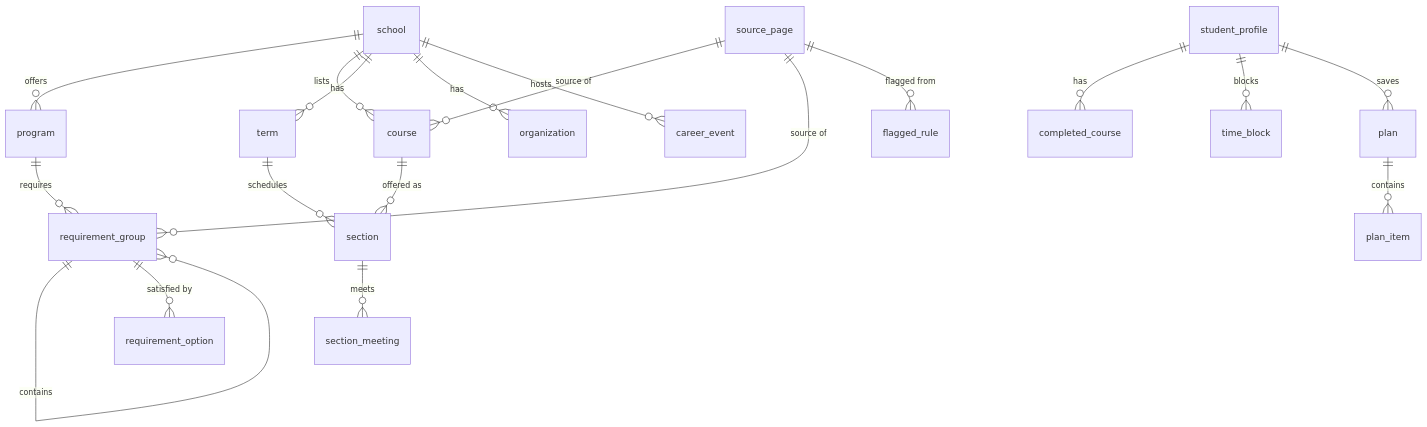
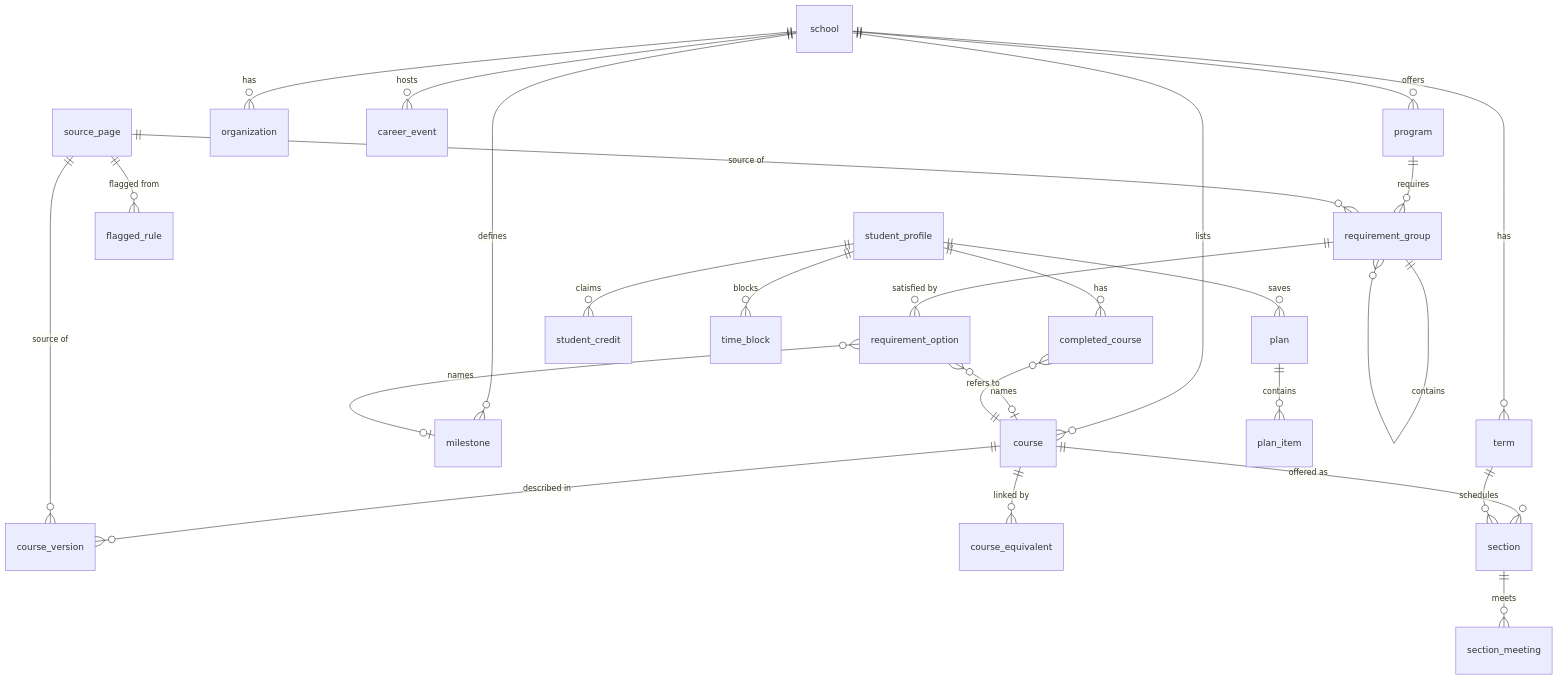
Before and after one commit to Shabanaomar/BeyondtheSyllabus: the diagram in db/DATA_MODEL.md, drawn with Mermaid. The commit also changed other lines of this file and 1 other file, not shown here.

````diff
--- a/db/DATA_MODEL.md
+++ b/db/DATA_MODEL.md
@@ -33,22 +41,29 @@
 ```mermaid
 erDiagram
   school ||--o{ program : offers
   school ||--o{ course : lists
+  school ||--o{ milestone : defines
   school ||--o{ term : has
   school ||--o{ organization : has
   school ||--o{ career_event : hosts
+  course ||--o{ course_version : "described in"
+  course ||--o{ course_equivalent : "linked by"
   program ||--o{ requirement_group : requires
   requirement_group ||--o{ requirement_group : contains
   requirement_group ||--o{ requirement_option : "satisfied by"
+  requirement_option }o--o| course : "names"
+  requirement_option }o--o| milestone : "names"
   course ||--o{ section : "offered as"
   term ||--o{ section : schedules
   section ||--o{ section_meeting : meets
-  source_page ||--o{ course : "source of"
+  source_page ||--o{ course_version : "source of"
   source_page ||--o{ requirement_group : "source of"
   source_page ||--o{ flagged_rule : "flagged from"
 
   student_profile ||--o{ completed_course : has
+  student_profile ||--o{ student_credit : claims
   student_profile ||--o{ time_block : blocks
   student_profile ||--o{ plan : saves
   plan ||--o{ plan_item : contains
+  completed_course }o--|| course : "refers to"
 ```
````
